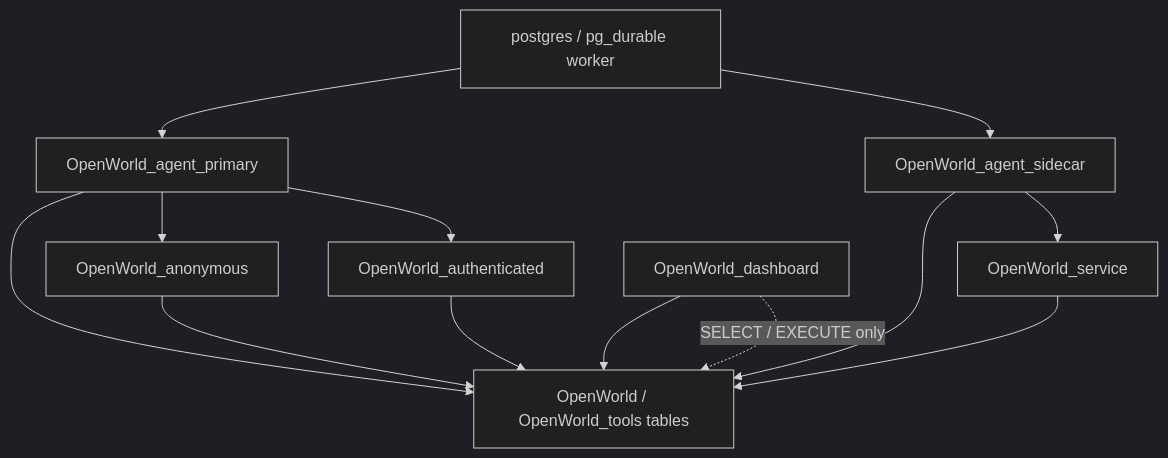
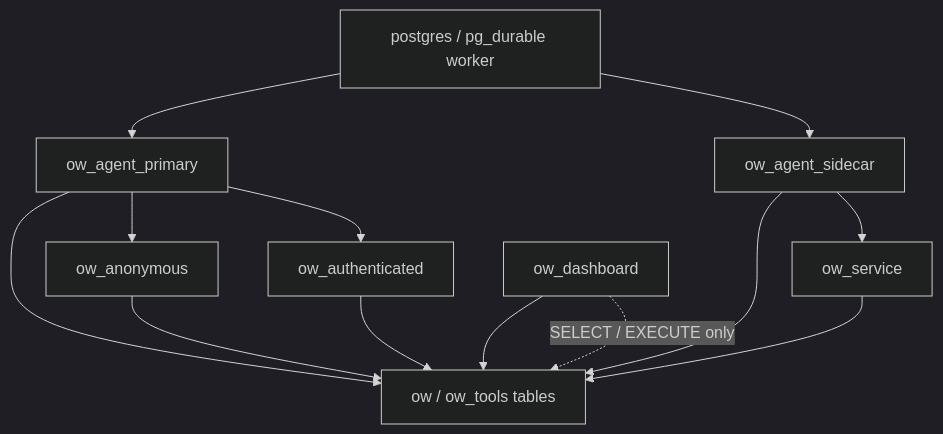
One commit to sweatybridge/OpenWorld changed the diagram in README.md. Above: the diagram before and after it, drawn with Mermaid (dark theme). The commit also changed other lines of this file and 37 other files, not shown here.

Commit message:
Use acronym ow as schema name

````diff
--- a/README.md
+++ b/README.md
@@ -63,24 +63,24 @@
 ```mermaid
 graph TD
-  db["OpenWorld / OpenWorld_tools tables"]
+  db["ow / ow_tools tables"]
   orchestrator["postgres / pg_durable worker"]
-  primary["OpenWorld_agent_primary"]
-  sidecar["OpenWorld_agent_sidecar"]
-  anon["OpenWorld_anonymous"]
-  auth["OpenWorld_authenticated"]
-  service["OpenWorld_service"]
-  dashboard["OpenWorld_dashboard"]
+  primary["ow_agent_primary"]
+  sidecar["ow_agent_sidecar"]
+  anon["ow_anonymous"]
+  auth["ow_authenticated"]
+  service["ow_service"]
+  dashboard["ow_dashboard"]
 
   orchestrator --> primary
   orchestrator --> sidecar
   primary --> db
   sidecar --> db
   anon --> db
   auth --> db
   service --> db
   dashboard --> db
   primary --> anon
   primary --> auth
   sidecar --> service
   dashboard -. "SELECT / EXECUTE only" .-> db
 ```
````
